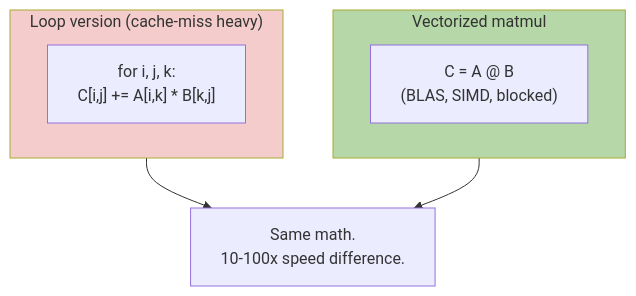
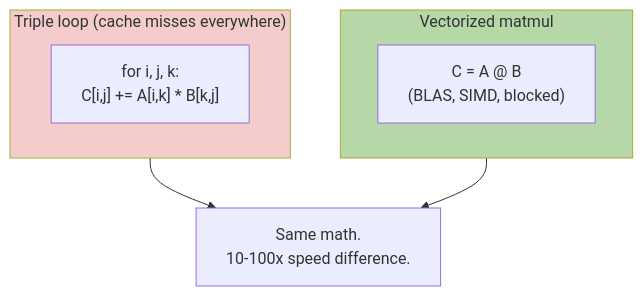
One commit to SrikanthVelpuri/ai-engineering-from-scratch changed the diagram in phases/01-math-foundations/02-vectors-matrices-operations/docs/real-world-stories.md. Above: the diagram before and after it, drawn with Mermaid. The commit also changed other lines of this file and 25 other files, not shown here.

````diff
--- a/phases/01-math-foundations/02-vectors-matrices-operations/docs/real-world-stories.md
+++ b/phases/01-math-foundations/02-vectors-matrices-operations/docs/real-world-stories.md
@@ -9,13 +9,13 @@
 ```mermaid
 flowchart TB
-    subgraph Slow["Loop version (cache-miss heavy)"]
+    subgraph Slow["Triple loop (cache misses everywhere)"]
         A1["for i, j, k:<br/>C[i,j] += A[i,k] * B[k,j]"]
     end
     subgraph Fast["Vectorized matmul"]
         B1["C = A @ B<br/>(BLAS, SIMD, blocked)"]
     end
     Slow --> Result["Same math.<br/>10-100x speed difference."]
     Fast --> Result
     style Fast fill:#b6d7a8
     style Slow fill:#f4cccc
 ```
````
